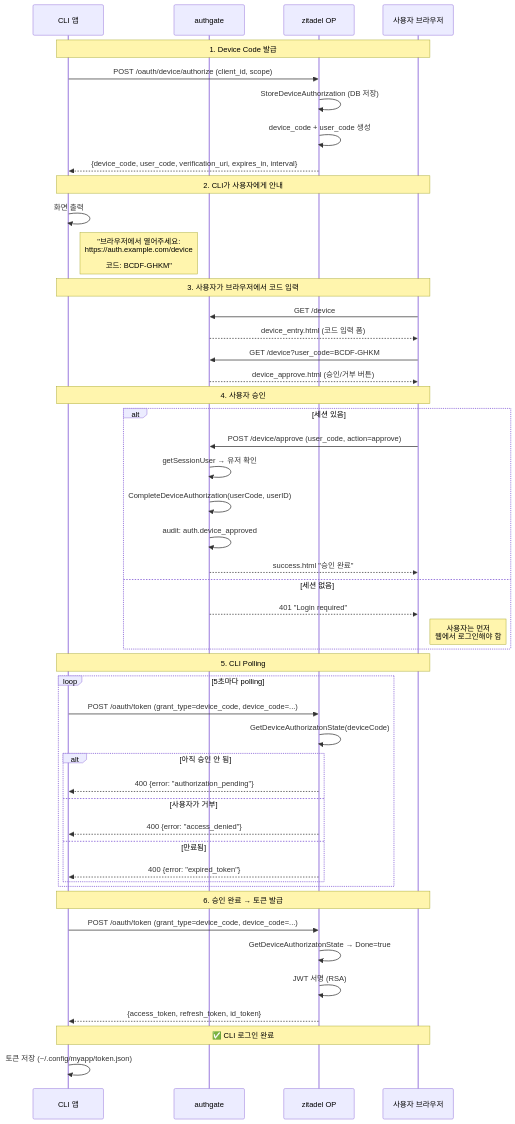
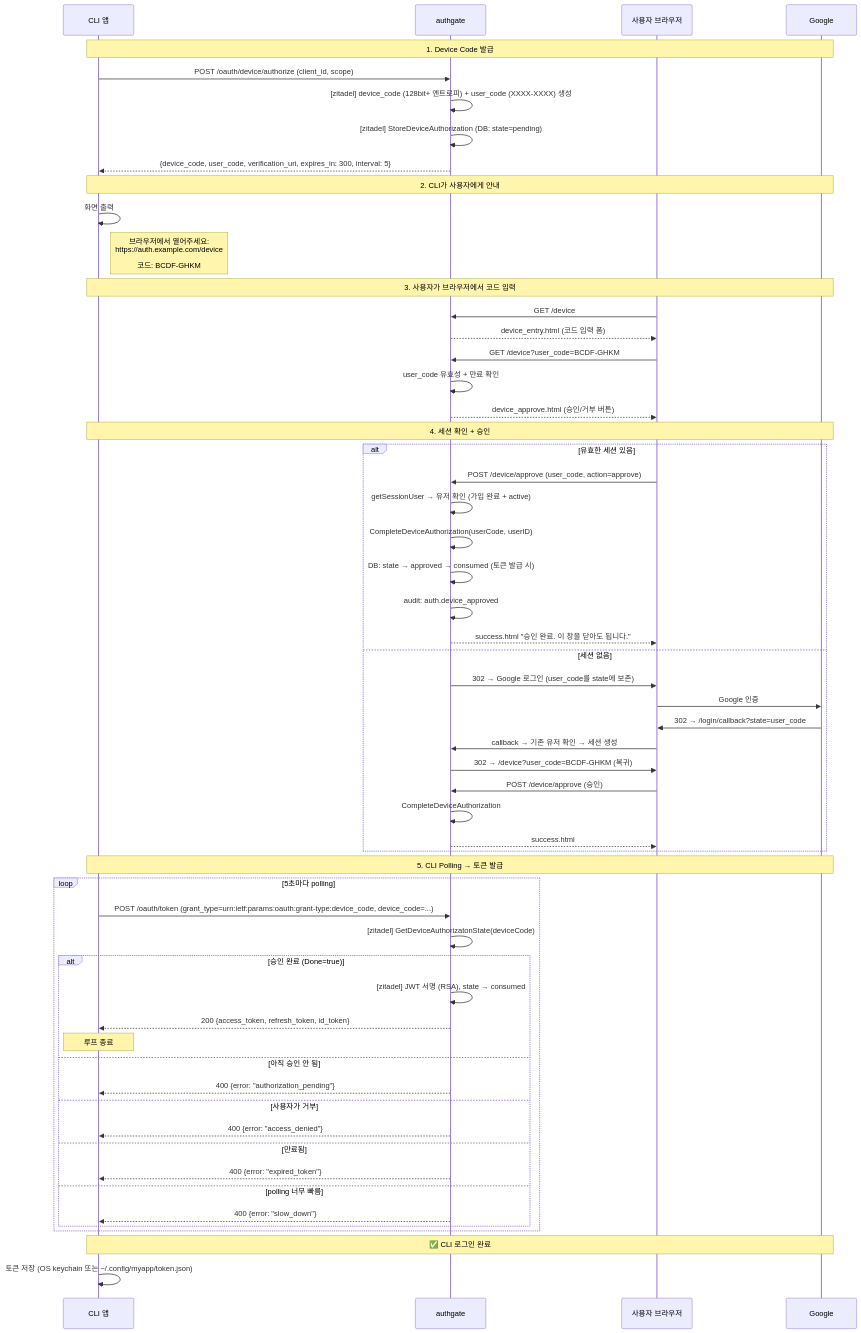
The first of 2 diagrams in docs/spec/003-device-login.md (cagojeiger/authgate), drawn with Mermaid before and after one commit. The commit also changed other lines of this file and 10 other files, not shown here.

````diff
--- a/docs/spec/003-device-login.md
+++ b/docs/spec/003-device-login.md
@@ -20,57 +34,65 @@
 ```mermaid
 sequenceDiagram
     participant CLI as CLI 앱
     participant AG as authgate
-    participant Z as zitadel OP
     participant U as 사용자 브라우저
+    participant G as Google
 
-    Note over CLI,U: 1. Device Code 발급
-    CLI->>Z: POST /oauth/device/authorize (client_id, scope)
-    Z->>Z: StoreDeviceAuthorization (DB 저장)
-    Z->>Z: device_code + user_code 생성
-    Z-->>CLI: {device_code, user_code, verification_uri, expires_in, interval}
+    Note over CLI,G: 1. Device Code 발급
+    CLI->>AG: POST /oauth/device/authorize (client_id, scope)
+    AG->>AG: [zitadel] device_code (128bit+ 엔트로피) + user_code (XXXX-XXXX) 생성
+    AG->>AG: [zitadel] StoreDeviceAuthorization (DB: state=pending)
+    AG-->>CLI: {device_code, user_code, verification_uri, expires_in: 300, interval: 5}
 
-    Note over CLI,U: 2. CLI가 사용자에게 안내
+    Note over CLI,G: 2. CLI가 사용자에게 안내
     CLI->>CLI: 화면 출력
-    Note right of CLI: "브라우저에서 열어주세요:<br/>https://auth.example.com/device<br/><br/>코드: BCDF-GHKM"
+    Note right of CLI: 브라우저에서 열어주세요:<br/>https://auth.example.com/device<br/><br/>코드: BCDF-GHKM
 
-    Note over CLI,U: 3. 사용자가 브라우저에서 코드 입력
+    Note over CLI,G: 3. 사용자가 브라우저에서 코드 입력
     U->>AG: GET /device
     AG-->>U: device_entry.html (코드 입력 폼)
     U->>AG: GET /device?user_code=BCDF-GHKM
+    AG->>AG: user_code 유효성 + 만료 확인
     AG-->>U: device_approve.html (승인/거부 버튼)
 
-    Note over CLI,U: 4. 사용자 승인
-    alt 세션 있음
+    Note over CLI,G: 4. 세션 확인 + 승인
+    alt 유효한 세션 있음
         U->>AG: POST /device/approve (user_code, action=approve)
-        AG->>AG: getSessionUser → 유저 확인
+        AG->>AG: getSessionUser → 유저 확인 (가입 완료 + active)
         AG->>AG: CompleteDeviceAuthorization(userCode, userID)
+        AG->>AG: DB: state → approved → consumed (토큰 발급 시)
         AG->>AG: audit: auth.device_approved
-        AG-->>U: success.html "승인 완료"
+        AG-->>U: success.html "승인 완료. 이 창을 닫아도 됩니다."
     else 세션 없음
-        AG-->>U: 401 "Login required"
-        Note right of U: 사용자는 먼저<br/>웹에서 로그인해야 함
+        AG->>U: 302 → Google 로그인 (user_code를 state에 보존)
+        U->>G: Google 인증
+        G->>U: 302 → /login/callback?state=user_code
+        U->>AG: callback → 기존 유저 확인 → 세션 생성
+        AG->>U: 302 → /device?user_code=BCDF-GHKM (복귀)
+        U->>AG: POST /device/approve (승인)
+        AG->>AG: CompleteDeviceAuthorization
+        AG-->>U: success.html
     end
 
-    Note over CLI,U: 5. CLI Polling
+    Note over CLI,G: 5. CLI Polling → 토큰 발급
     loop 5초마다 polling
-        CLI->>Z: POST /oauth/token (grant_type=device_code, device_code=...)
-        Z->>Z: GetDeviceAuthorizatonState(deviceCode)
-        alt 아직 승인 안 됨
-            Z-->>CLI: 400 {error: "authorization_pending"}
+        CLI->>AG: POST /oauth/token (grant_type=urn:ietf:params:oauth:grant-type:device_code, device_code=...)
+        AG->>AG: [zitadel] GetDeviceAuthorizatonState(deviceCode)
+        alt 승인 완료 (Done=true)
+            AG->>AG: [zitadel] JWT 서명 (RSA), state → consumed
+            AG-->>CLI: 200 {access_token, refresh_token, id_token}
+            Note over CLI: 루프 종료
+        else 아직 승인 안 됨
+            AG-->>CLI: 400 {error: "authorization_pending"}
         else 사용자가 거부
-            Z-->>CLI: 400 {error: "access_denied"}
+            AG-->>CLI: 400 {error: "access_denied"}
         else 만료됨
-            Z-->>CLI: 400 {error: "expired_token"}
+            AG-->>CLI: 400 {error: "expired_token"}
+        else polling 너무 빠름
+            AG-->>CLI: 400 {error: "slow_down"}
         end
     end
 
-    Note over CLI,U: 6. 승인 완료 → 토큰 발급
-    CLI->>Z: POST /oauth/token (grant_type=device_code, device_code=...)
-    Z->>Z: GetDeviceAuthorizatonState → Done=true
-    Z->>Z: JWT 서명 (RSA)
-    Z-->>CLI: {access_token, refresh_token, id_token}
-
-    Note over CLI,U: ✅ CLI 로그인 완료
-    CLI->>CLI: 토큰 저장 (~/.config/myapp/token.json)
+    Note over CLI,G: ✅ CLI 로그인 완료
+    CLI->>CLI: 토큰 저장 (OS keychain 또는 ~/.config/myapp/token.json)
 ```
````
